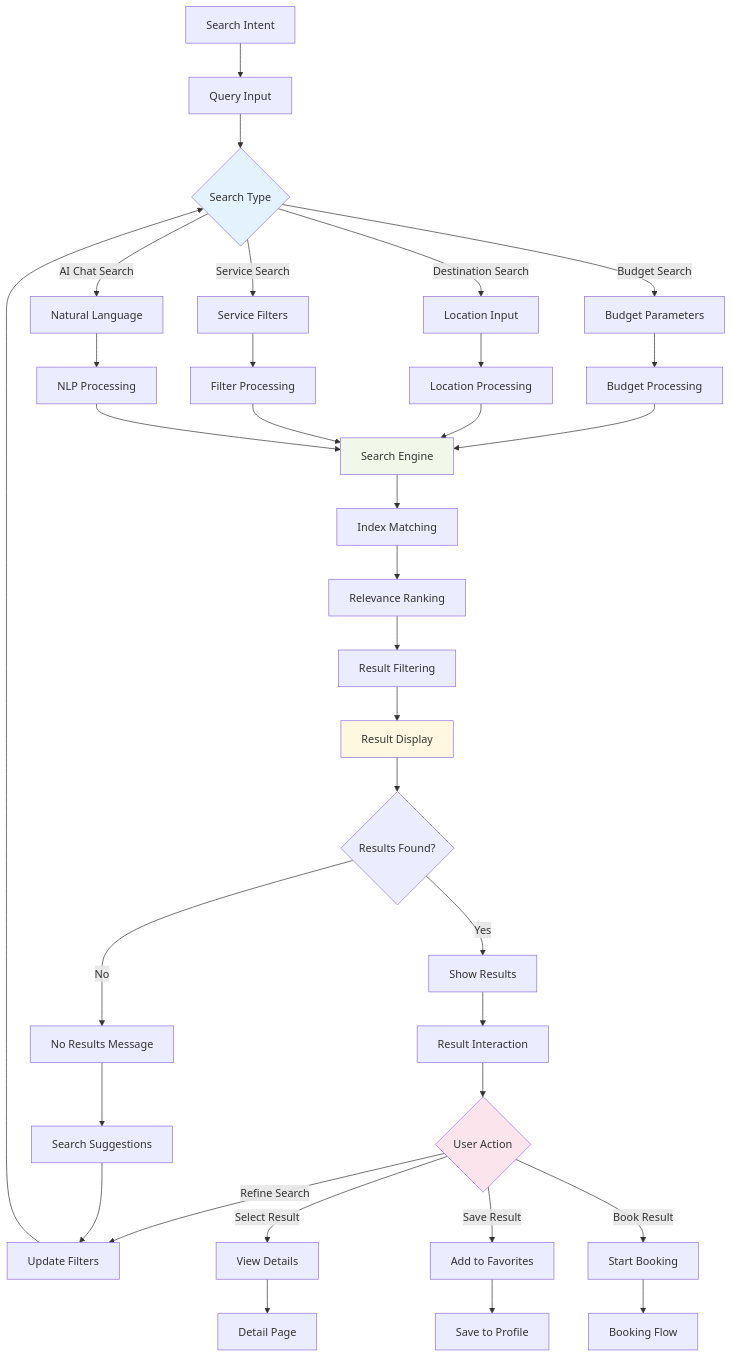
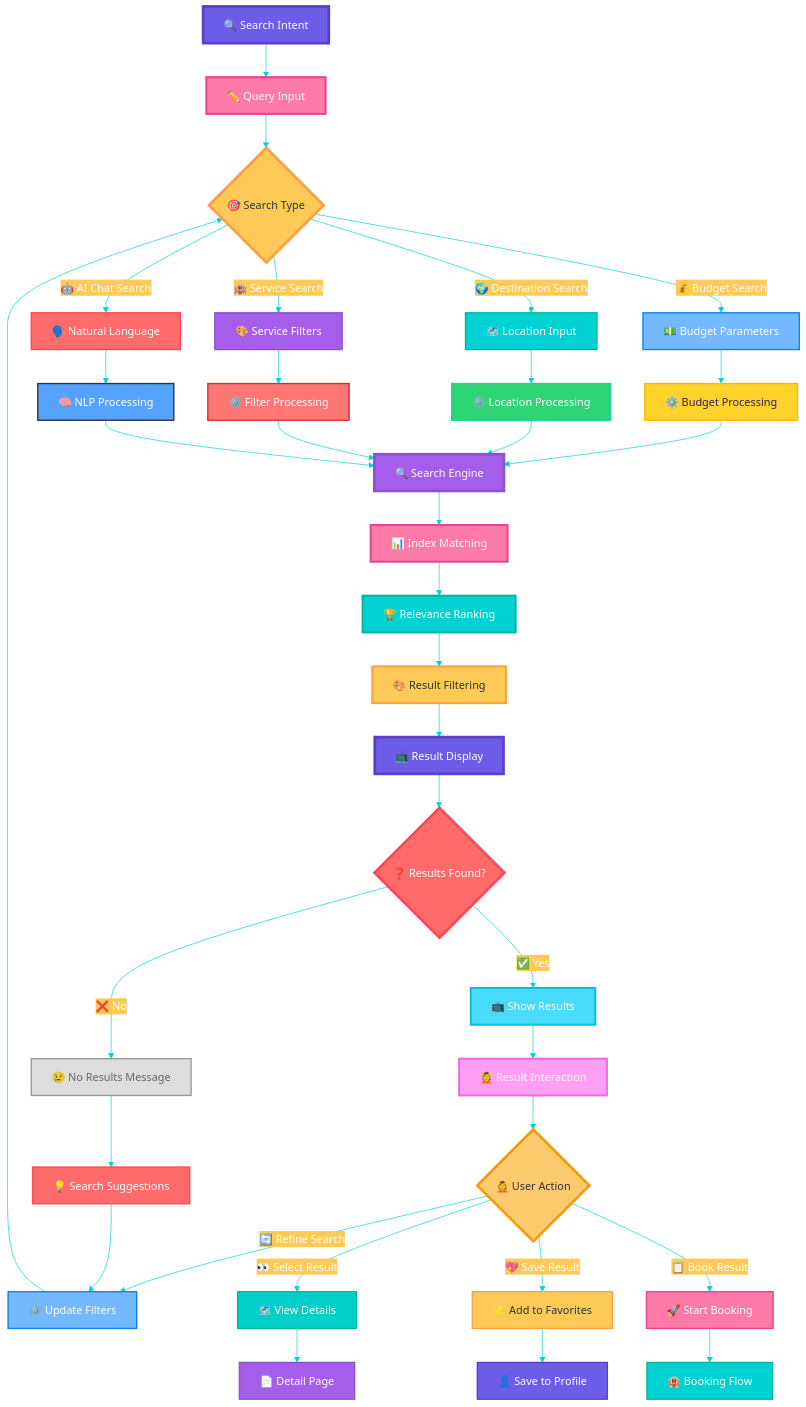
Before and after one commit to shihabsararrafid/budget-travel: the ninth of 15 diagrams in budget-travel/MERMAID_UI_UX_FLOWS.md, drawn with Mermaid. The commit also changed other lines of this file, not shown here.

Commit message:
Implement feature X to enhance user experience and fix bug Y in module Z

````diff
--- a/budget-travel/MERMAID_UI_UX_FLOWS.md
+++ b/budget-travel/MERMAID_UI_UX_FLOWS.md
@@ -348,50 +548,83 @@
 ```mermaid
+%%{init: {'theme':'base', 'themeVariables': { 'primaryColor': '#a55eea', 'primaryTextColor': '#fff', 'primaryBorderColor': '#8854d0', 'lineColor': '#00d2d3', 'secondaryColor': '#feca57', 'tertiaryColor': '#fd79a8'}}}%%
 flowchart TD
-    A[Search Intent] --> B[Query Input]
-    B --> C{Search Type}
+    A["🔍 Search Intent"] --> B["✏️ Query Input"]
+    B --> C{"🎯 Search Type"}
     
-    C -->|Budget Search| D[Budget Parameters]
-    C -->|Destination Search| E[Location Input]
-    C -->|Service Search| F[Service Filters]
-    C -->|AI Chat Search| G[Natural Language]
+    C -->|"💰 Budget Search"| D["💵 Budget Parameters"]
+    C -->|"🌍 Destination Search"| E["🗺️ Location Input"]
+    C -->|"🏨 Service Search"| F["🎨 Service Filters"]
+    C -->|"🤖 AI Chat Search"| G["🗣️ Natural Language"]
     
-    D --> H[Budget Processing]
-    E --> I[Location Processing]
-    F --> J[Filter Processing]
-    G --> K[NLP Processing]
+    D --> H["⚙️ Budget Processing"]
+    E --> I["⚙️ Location Processing"]
+    F --> J["⚙️ Filter Processing"]
+    G --> K["🧠 NLP Processing"]
     
-    H --> L[Search Engine]
+    H --> L["🔍 Search Engine"]
     I --> L
     J --> L
     K --> L
     
-    L --> M[Index Matching]
-    M --> N[Relevance Ranking]
-    N --> O[Result Filtering]
-    O --> P[Result Display]
+    L --> M["📊 Index Matching"]
+    M --> N["🏆 Relevance Ranking"]
+    N --> O["🎨 Result Filtering"]
+    O --> P["📺 Result Display"]
     
-    P --> Q{Results Found?}
-    Q -->|Yes| R[Show Results]
-    Q -->|No| S[No Results Message]
+    P --> Q{"❓ Results Found?"}
+    Q -->|"✅ Yes"| R["📺 Show Results"]
+    Q -->|"❌ No"| S["😢 No Results Message"]
     
-    R --> T[Result Interaction]
-    T --> U{User Action}
+    R --> T["💆 Result Interaction"]
+    T --> U{"💆 User Action"}
     
-    U -->|Refine Search| V[Update Filters]
-    U -->|Select Result| W[View Details]
-    U -->|Save Result| X[Add to Favorites]
-    U -->|Book Result| Y[Start Booking]
+    U -->|"🔄 Refine Search"| V["⚙️ Update Filters"]
+    U -->|"👀 Select Result"| W["🗺️ View Details"]
+    U -->|"💖 Save Result"| X["⭐ Add to Favorites"]
+    U -->|"📋 Book Result"| Y["🚀 Start Booking"]
     
     V --> C
-    W --> Z[Detail Page]
-    X --> AA[Save to Profile]
-    Y --> BB[Booking Flow]
+    W --> Z["📄 Detail Page"]
+    X --> AA["👤 Save to Profile"]
+    Y --> BB["🏨 Booking Flow"]
     
-    S --> CC[Search Suggestions]
+    S --> CC["💡 Search Suggestions"]
     CC --> V
     
-    style C fill:#e3f2fd
-    style L fill:#f1f8e9
-    style P fill:#fff8e1
-    style U fill:#fce4ec
+    style A fill:#6c5ce7,stroke:#5f3dc4,stroke-width:4px,color:#fff
+    style B fill:#fd79a8,stroke:#e84393,stroke-width:3px,color:#fff
+    style C fill:#feca57,stroke:#ff9f43,stroke-width:4px,color:#2d3436
+    
+    style D fill:#74b9ff,stroke:#0984e3,stroke-width:2px,color:#fff
+    style E fill:#00d2d3,stroke:#00b894,stroke-width:2px,color:#fff
+    style F fill:#a55eea,stroke:#8854d0,stroke-width:2px,color:#fff
+    style G fill:#ff6b6b,stroke:#ff4757,stroke-width:2px,color:#fff
+    
+    style H fill:#ffd32a,stroke:#ffb700,stroke-width:2px,color:#2f1b69
+    style I fill:#2ed573,stroke:#1dd1a1,stroke-width:2px,color:#fff
+    style J fill:#ff7675,stroke:#d63031,stroke-width:2px,color:#fff
+    style K fill:#55a3ff,stroke:#2d3436,stroke-width:2px,color:#fff
+    
+    style L fill:#a55eea,stroke:#8854d0,stroke-width:4px,color:#fff
+    style M fill:#fd79a8,stroke:#e84393,stroke-width:3px,color:#fff
+    style N fill:#00d2d3,stroke:#00b894,stroke-width:3px,color:#fff
+    style O fill:#feca57,stroke:#ff9f43,stroke-width:3px,color:#2d3436
+    style P fill:#6c5ce7,stroke:#5f3dc4,stroke-width:4px,color:#fff
+    
+    style Q fill:#ff6b6b,stroke:#ff4757,stroke-width:4px,color:#fff
+    style R fill:#48dbfb,stroke:#0abde3,stroke-width:3px,color:#fff
+    style S fill:#ddd,stroke:#999,stroke-width:2px,color:#666
+    
+    style T fill:#ff9ff3,stroke:#f368e0,stroke-width:3px,color:#fff
+    style U fill:#fdcb6e,stroke:#f39c12,stroke-width:4px,color:#2d3436
+    
+    style V fill:#74b9ff,stroke:#0984e3,stroke-width:2px,color:#fff
+    style W fill:#00cec9,stroke:#00b894,stroke-width:2px,color:#fff
+    style X fill:#feca57,stroke:#ff9f43,stroke-width:2px,color:#2d3436
+    style Y fill:#fd79a8,stroke:#e84393,stroke-width:2px,color:#fff
+    
+    style Z fill:#a55eea,stroke:#8854d0,stroke-width:2px,color:#fff
+    style AA fill:#6c5ce7,stroke:#5f3dc4,stroke-width:2px,color:#fff
+    style BB fill:#00d2d3,stroke:#00b894,stroke-width:2px,color:#fff
+    style CC fill:#ff6b6b,stroke:#ff4757,stroke-width:2px,color:#fff
 ```
````
